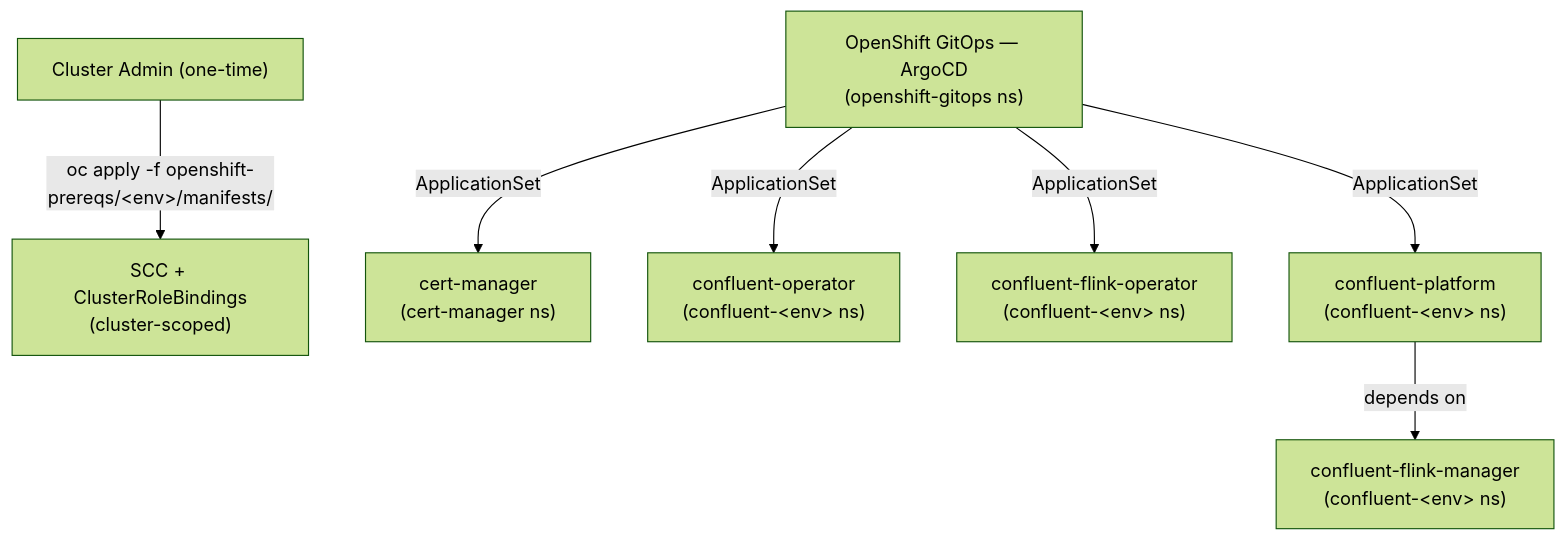
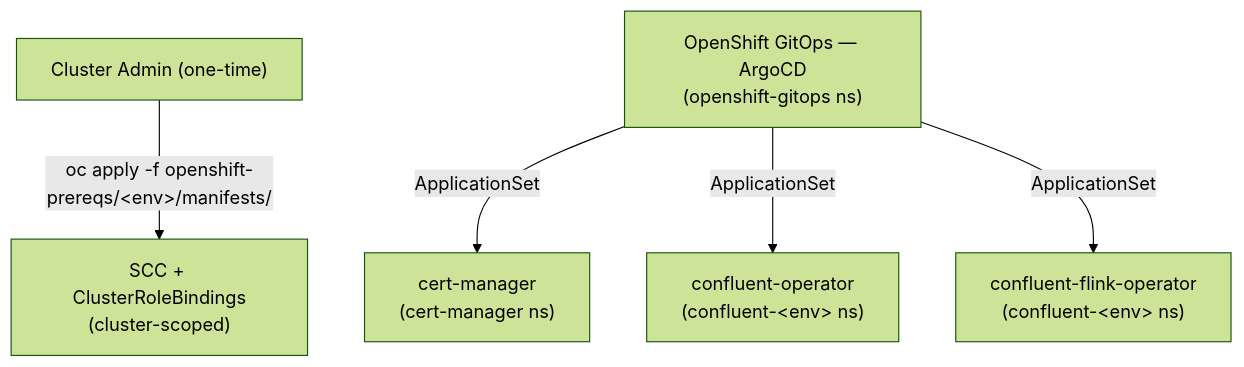
The diagram in README.md (aadmassu/flink-on-k8s-with-cp), drawn with Mermaid (forest theme) before and after one commit. The commit also changed other lines of this file and 46 other files, not shown here.

````diff
--- a/README.md
+++ b/README.md
@@ -61,18 +65,14 @@
 ```mermaid
 flowchart TD
     admin["Cluster Admin (one-time)"]
     scc["SCC + ClusterRoleBindings\n(cluster-scoped)"]
     argocd["OpenShift GitOps — ArgoCD\n(openshift-gitops ns)"]
     cm["cert-manager\n(cert-manager ns)"]
     cop["confluent-operator\n(confluent-&lt;env&gt; ns)"]
     fop["confluent-flink-operator\n(confluent-&lt;env&gt; ns)"]
-    cp["confluent-platform\n(confluent-&lt;env&gt; ns)"]
-    cmf["confluent-flink-manager\n(confluent-&lt;env&gt; ns)"]
 
     admin -- "oc apply -f openshift-prereqs/&lt;env&gt;/manifests/" --> scc
     argocd -- "ApplicationSet" --> cm
     argocd -- "ApplicationSet" --> cop
     argocd -- "ApplicationSet" --> fop
-    argocd -- "ApplicationSet" --> cp
-    cp -- "depends on" --> cmf
 ```
````
